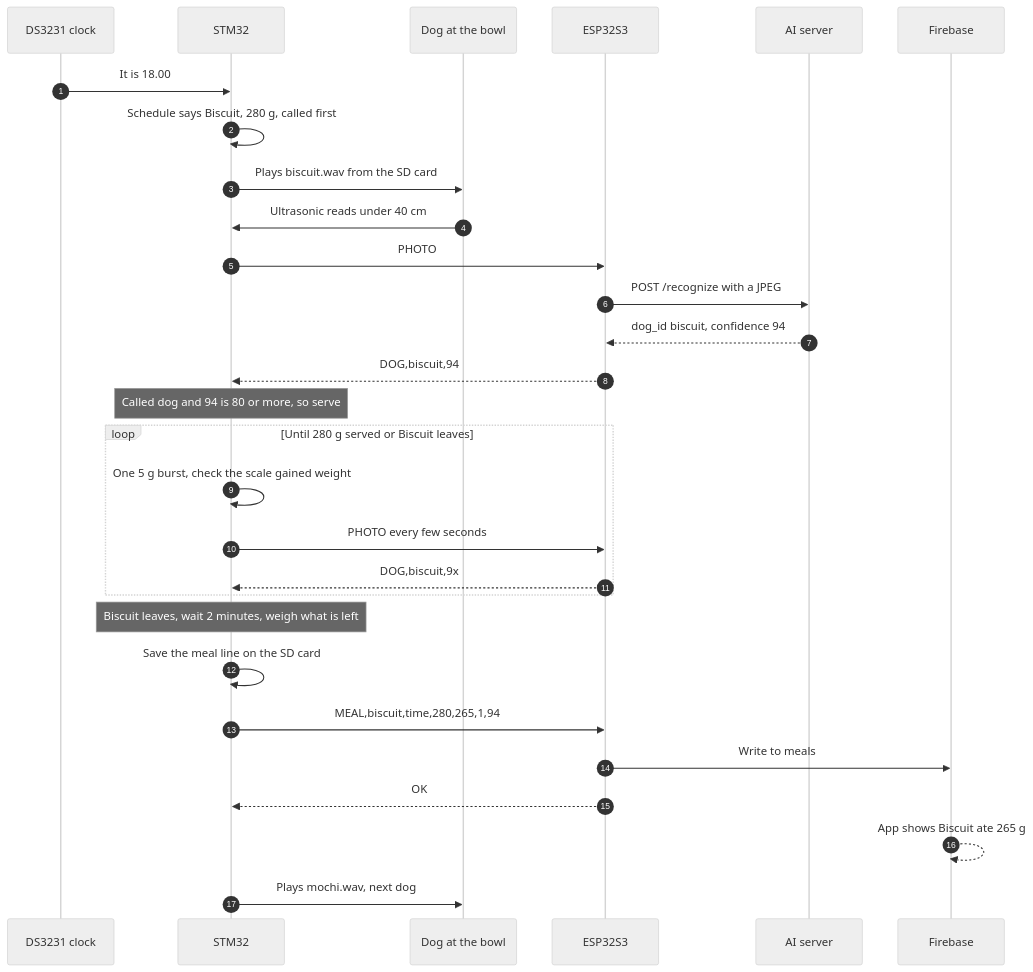
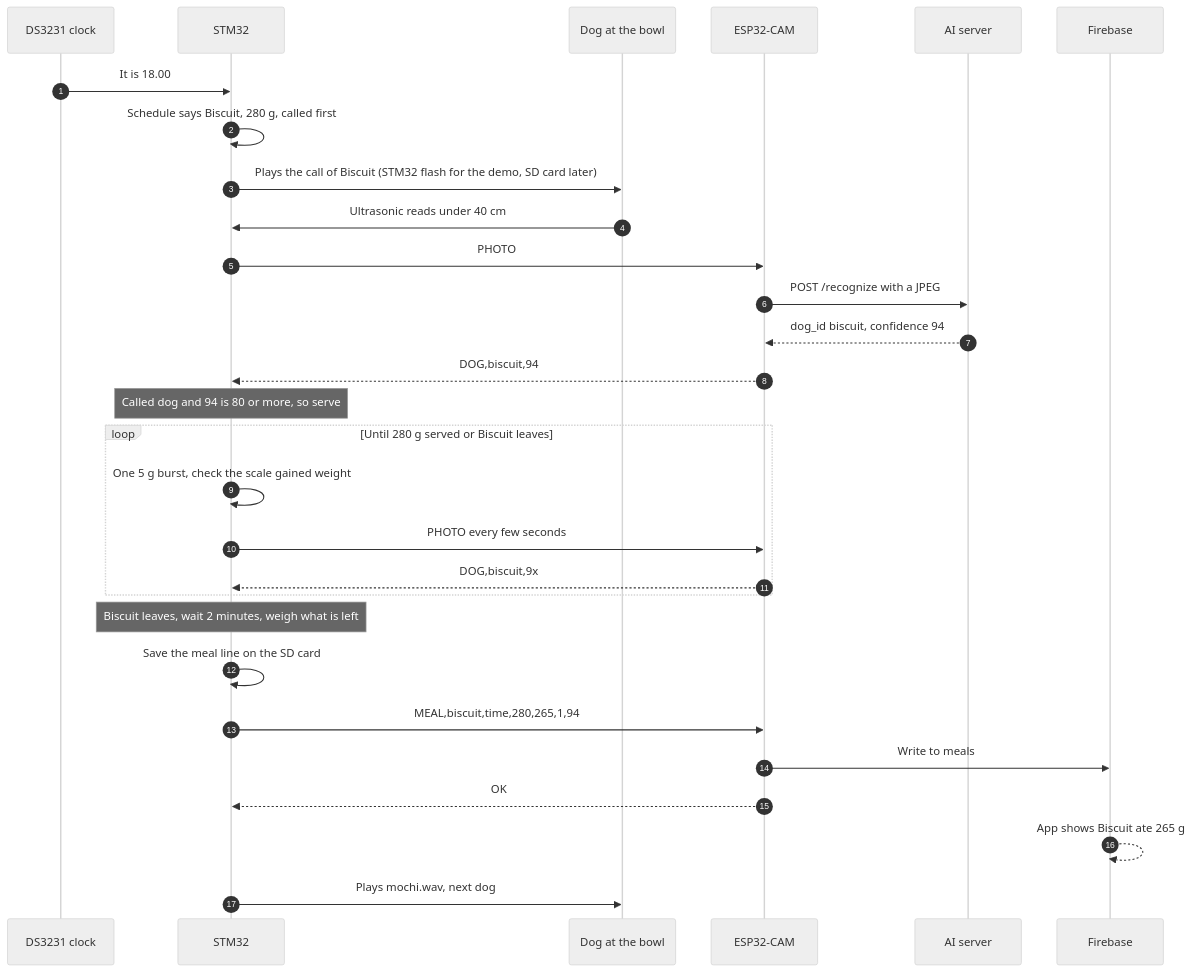
The fourth of 9 diagrams in hardware/02_system_architecture.md (sourcandy101/kibbly), drawn with Mermaid (neutral theme) before and after one commit. The commit also changed other lines of this file and 13 other files, not shown here.

First line of the commit message:
Add circuit 5 (ESP32-CAM link) and update the architecture to the real parts

````diff
--- a/hardware/02_system_architecture.md
+++ b/hardware/02_system_architecture.md
@@ -271,32 +287,32 @@
 ```mermaid
 sequenceDiagram
     autonumber
     participant RTC as DS3231 clock
     participant STM as STM32
     participant DOG as Dog at the bowl
-    participant ESP as ESP32S3
+    participant ESP as ESP32-CAM
     participant AI as AI server
     participant FB as Firebase
 
     RTC->>STM: It is 18.00
     STM->>STM: Schedule says Biscuit, 280 g, called first
-    STM->>DOG: Plays biscuit.wav from the SD card
+    STM->>DOG: Plays the call of Biscuit (STM32 flash for the demo, SD card later)
     DOG->>STM: Ultrasonic reads under 40 cm
     STM->>ESP: PHOTO
     ESP->>AI: POST /recognize with a JPEG
     AI-->>ESP: dog_id biscuit, confidence 94
     ESP-->>STM: DOG,biscuit,94
     Note over STM: Called dog and 94 is 80 or more, so serve
     loop Until 280 g served or Biscuit leaves
         STM->>STM: One 5 g burst, check the scale gained weight
         STM->>ESP: PHOTO every few seconds
         ESP-->>STM: DOG,biscuit,9x
     end
     Note over STM: Biscuit leaves, wait 2 minutes, weigh what is left
     STM->>STM: Save the meal line on the SD card
     STM->>ESP: MEAL,biscuit,time,280,265,1,94
     ESP->>FB: Write to meals
     ESP-->>STM: OK
     FB-->>FB: App shows Biscuit ate 265 g
     STM->>DOG: Plays mochi.wav, next dog
 ```
````
